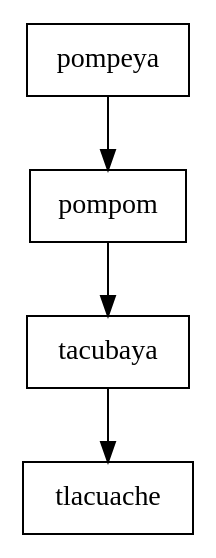
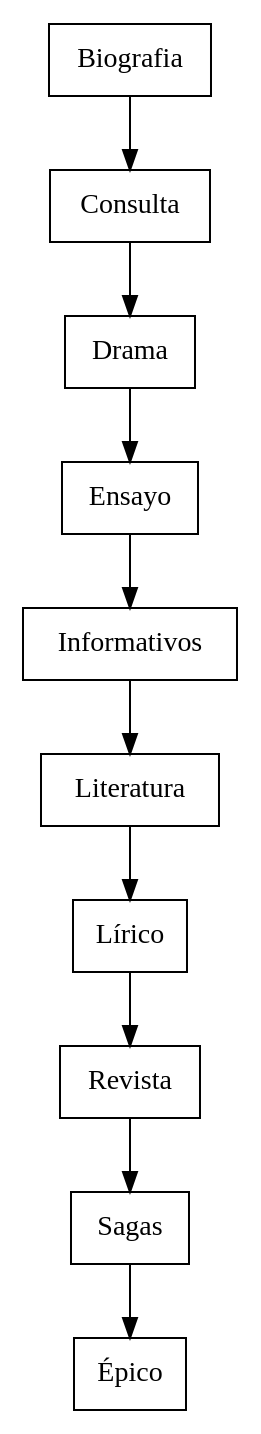
One commit to carlostex98/Block-Lib changed the diagram in avl_inorden.dot. Above: the diagram before and after it, drawn with Graphviz. The commit also changed 26 other files, not shown here.

```diff
--- a/avl_inorden.dot
+++ b/avl_inorden.dot
@@ -1,11 +1,23 @@
 digraph sls{
 node [shape=record];
-pompeya[label="pompeya " ]; 
-pompom[label="pompom " ]; 
-pompeya ->pompom
-;tacubaya[label="tacubaya " ]; 
-pompom ->tacubaya
-;tlacuache[label="tlacuache " ]; 
-tacubaya ->tlacuache
+Biografia[label="Biografia " ]; 
+Consulta[label="Consulta " ]; 
+Biografia ->Consulta
+;Drama[label="Drama " ]; 
+Consulta ->Drama
+;Ensayo[label="Ensayo " ]; 
+Drama ->Ensayo
+;Informativos[label="Informativos " ]; 
+Ensayo ->Informativos
+;Literatura[label="Literatura " ]; 
+Informativos ->Literatura
+;Lírico[label="Lírico " ]; 
+Literatura ->Lírico
+;Revista[label="Revista " ]; 
+Lírico ->Revista
+;Sagas[label="Sagas " ]; 
+Revista ->Sagas
+;Épico[label="Épico " ]; 
+Sagas ->Épico
 ;
 }
```
